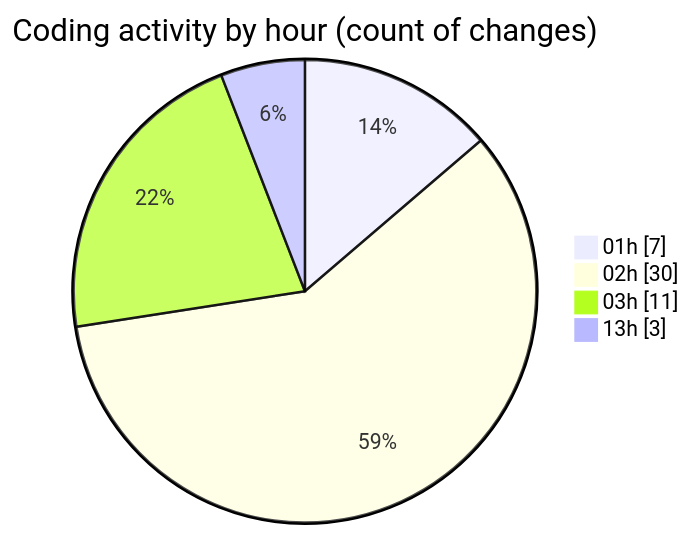
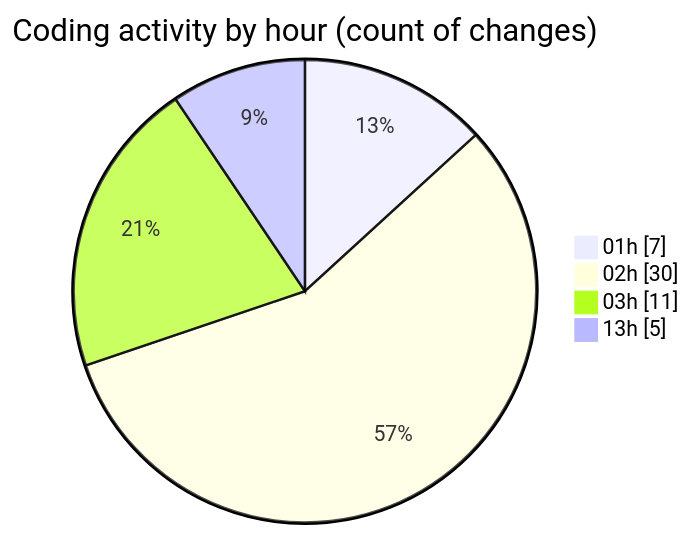
Before and after one commit to Ritupan-Deka/code-tracking: the second of 2 diagrams in 2025-01-24/projects/README.md, drawn with Mermaid. The commit also changed other lines of this file and 1 other file, not shown here.

````diff
--- a/2025-01-24/projects/README.md
+++ b/2025-01-24/projects/README.md
@@ -39,8 +39,8 @@
 ```mermaid
 pie showData
 title Coding activity by hour (count of changes)
 "01h" : 7
 "02h" : 30
 "03h" : 11
-"13h" : 3
+"13h" : 5
 ```
````
